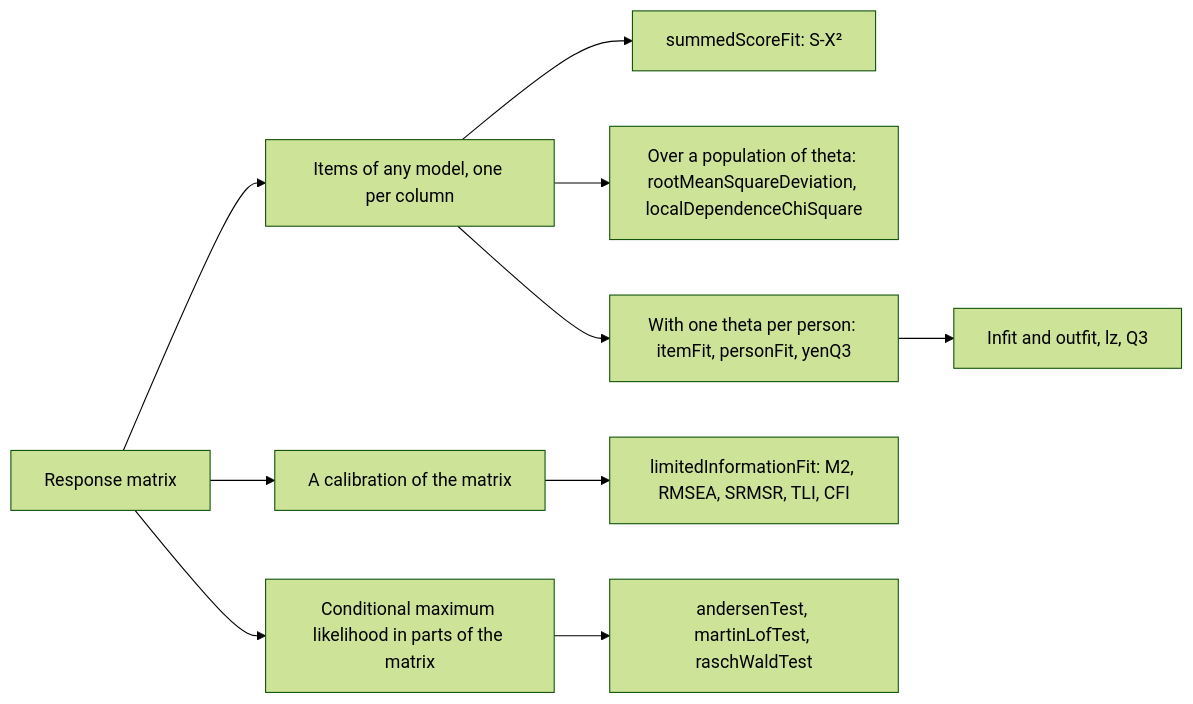
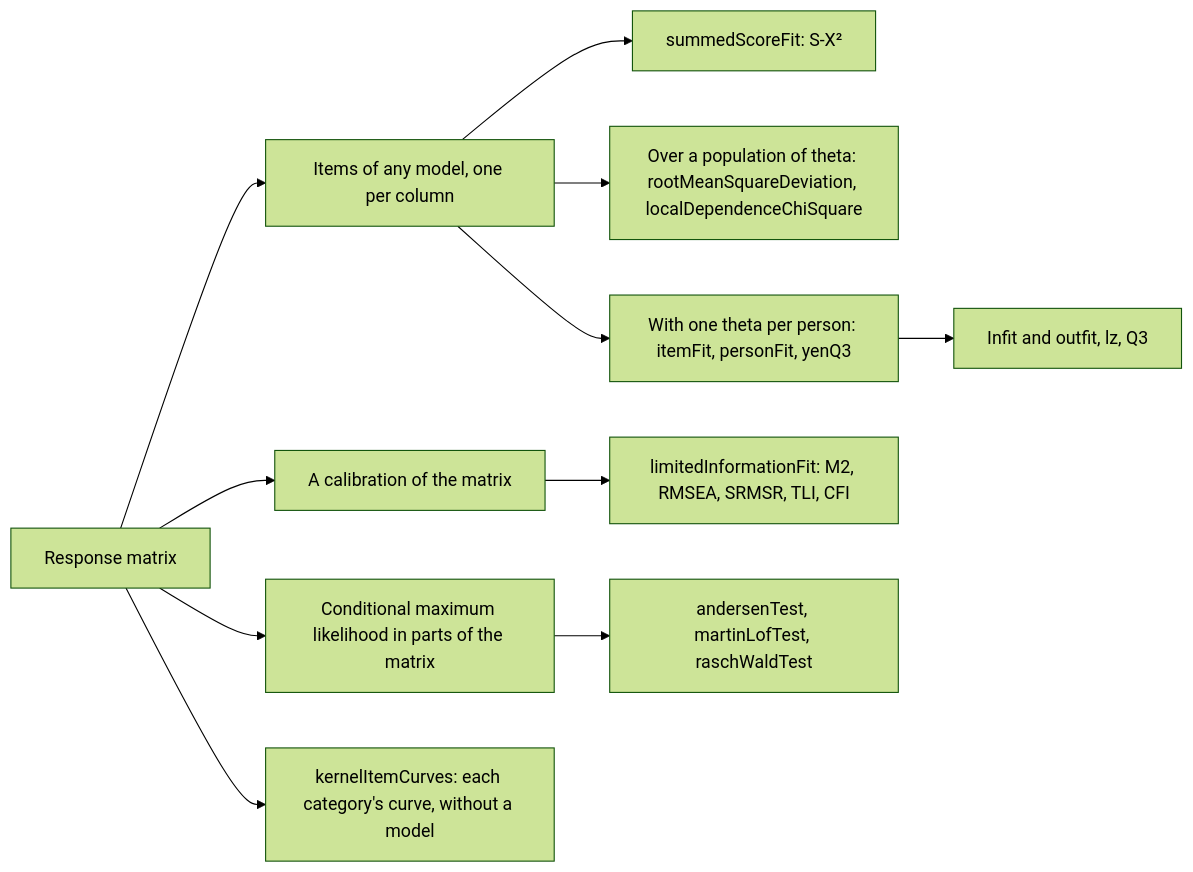
Before and after one commit to measurekit/measurekit: the first of 5 diagrams in docs/psychometrics/fit.md, drawn with Mermaid (forest theme). The commit also changed other lines of this file and 12 other files, not shown here.

First line of the commit message:
Add kernelItemCurves, Ramsay's kernel-smoothed curves of each item's categories, against KernSmoothIRT and base R

````diff
--- a/docs/psychometrics/fit.md
+++ b/docs/psychometrics/fit.md
@@ -8,12 +9,13 @@
 ```mermaid
 flowchart LR
   M["Response matrix"] --> I["Items of any model, one per column"]
   I --> S["summedScoreFit: S-X²"]
   I --> D["Over a population of theta: rootMeanSquareDeviation, localDependenceChiSquare"]
   I --> R["With one theta per person: itemFit, personFit, yenQ3"]
   R --> A["Infit and outfit, lz, Q3"]
   M --> C["A calibration of the matrix"]
   C --> L["limitedInformationFit: M2, RMSEA, SRMSR, TLI, CFI"]
   M --> T["Conditional maximum likelihood in parts of the matrix"]
   T --> E["andersenTest, martinLofTest, raschWaldTest"]
+  M --> K["kernelItemCurves: each category's curve, without a model"]
 ```
````
